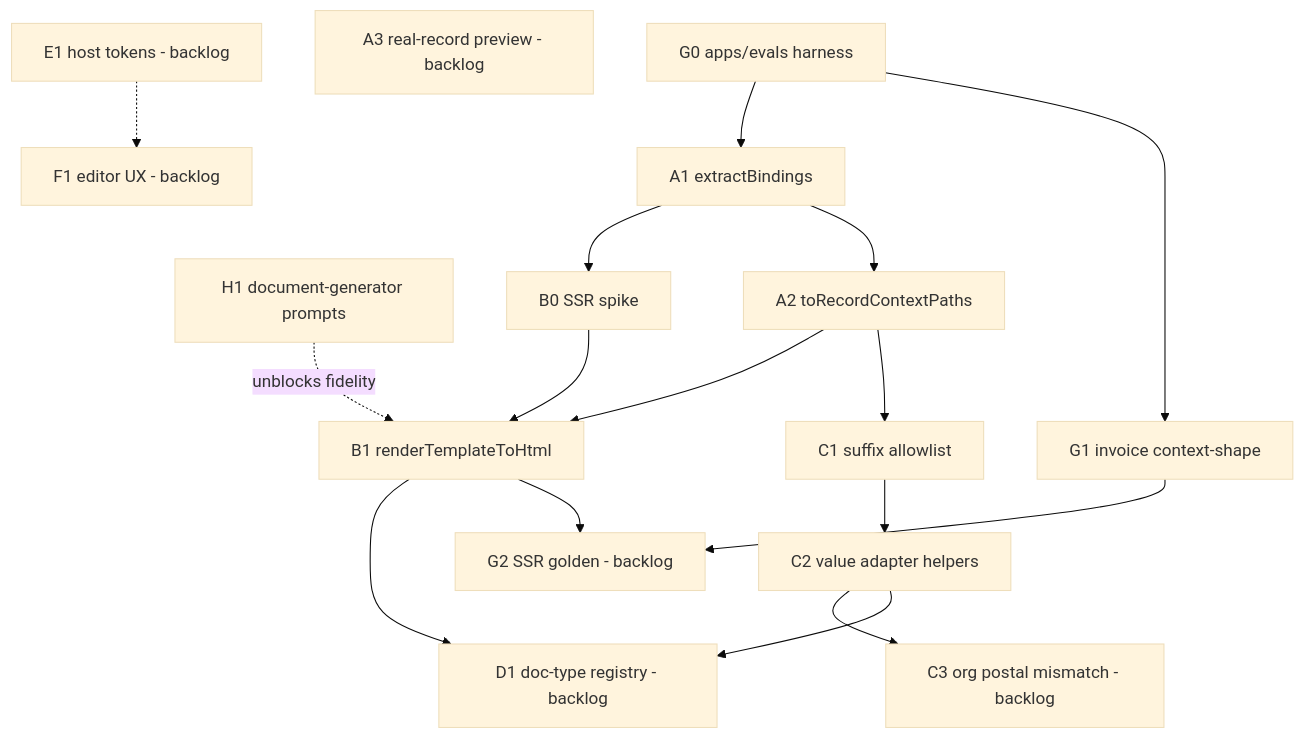
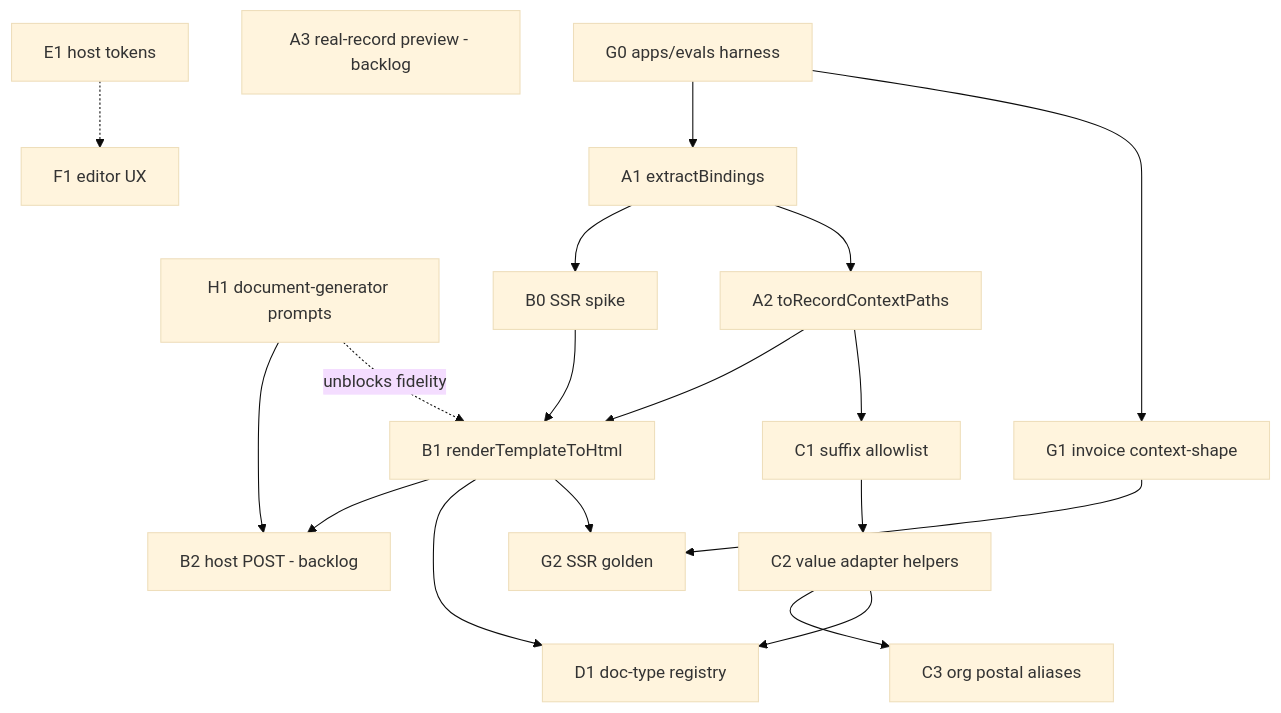
One commit to Dannny-Babs/templara changed the diagram in docs/orchestration/tickets/README.md. Above: the diagram before and after it, drawn with Mermaid (base theme). The commit also changed other lines of this file and 6 other files, not shown here.

````diff
--- a/docs/orchestration/tickets/README.md
+++ b/docs/orchestration/tickets/README.md
@@ -9,34 +9,37 @@
 ```mermaid
 flowchart TD
   H1[H1 document-generator prompts]
   G0[G0 apps/evals harness]
   G1[G1 invoice context-shape]
   A1[A1 extractBindings]
   A2[A2 toRecordContextPaths]
   C1[C1 suffix allowlist]
   C2[C2 value adapter helpers]
   B0[B0 SSR spike]
   B1[B1 renderTemplateToHtml]
-  G2[G2 SSR golden - backlog]
+  G2[G2 SSR golden]
   A3[A3 real-record preview - backlog]
-  C3[C3 org postal mismatch - backlog]
-  D1[D1 doc-type registry - backlog]
-  E1[E1 host tokens - backlog]
-  F1[F1 editor UX - backlog]
+  C3[C3 org postal aliases]
+  D1[D1 doc-type registry]
+  E1[E1 host tokens]
+  F1[F1 editor UX]
+  B2[B2 host POST - backlog]
 
   G0 --> G1
   G0 --> A1
   A1 --> A2
   A2 --> C1
   C1 --> C2
   A1 --> B0
   B0 --> B1
   A2 --> B1
   G1 --> G2
   B1 --> G2
   H1 -.->|unblocks fidelity| B1
   B1 --> D1
   C2 --> D1
   C2 --> C3
+  B1 --> B2
+  H1 --> B2
   E1 -.-> F1
 ```
````
